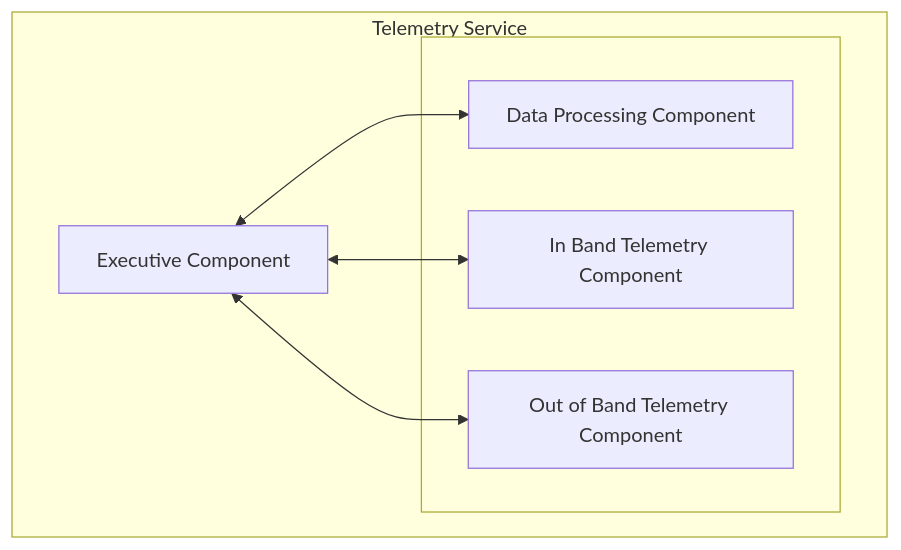
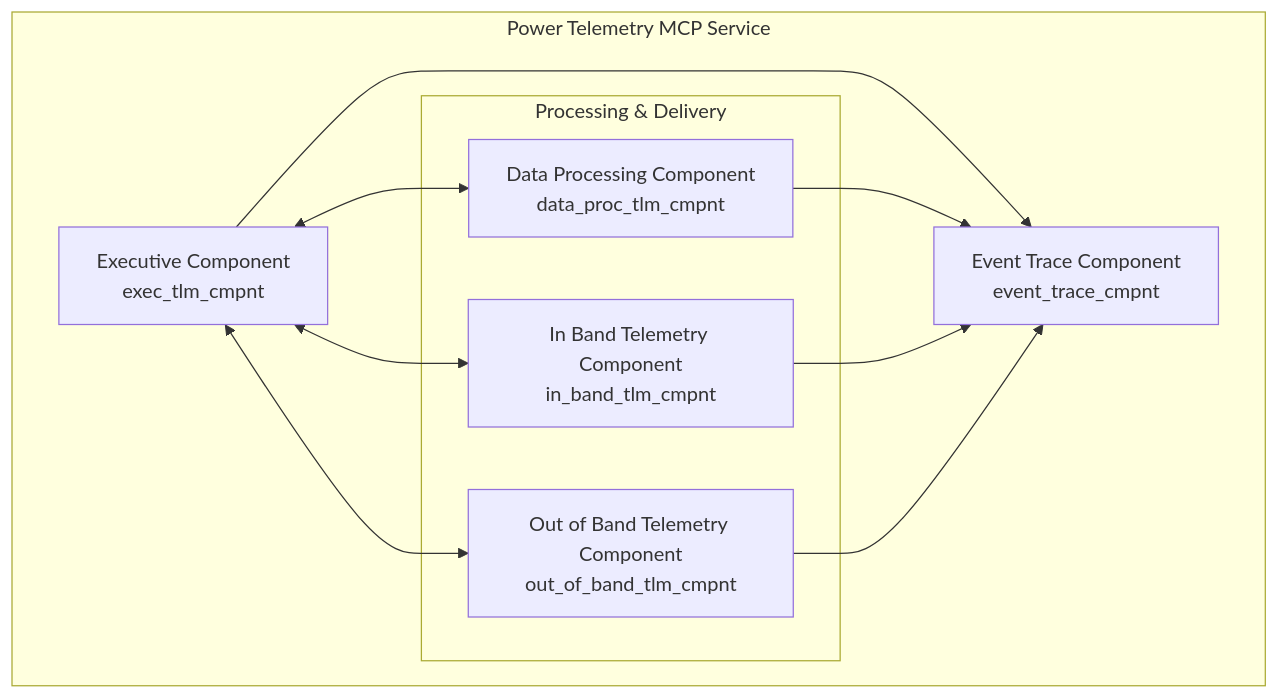
Before and after one commit to jivahire-com/cpp-thread-safe-cache: the first of 8 diagrams in docs/development/FirmwareDesign/telemetry.md, drawn with Mermaid. The commit also changed other lines of this file and 30 other files, not shown here.

```diff
--- a/docs/development/FirmwareDesign/telemetry.md
+++ b/docs/development/FirmwareDesign/telemetry.md
@@ -60,16 +117,21 @@
 :::mermaid
 graph TD
-    subgraph OuterBlock [Telemetry Service]
-        ex[Executive Component]
-         subgraph SubBlock [ ]
-            dp[Data Processing Component]
-            ib[In Band Telemetry Component]
-            ob[Out of Band Telemetry Component]
+    subgraph OuterBlock [Power Telemetry MCP Service]
+        ex[Executive Component<br/>exec_tlm_cmpnt]
+         subgraph SubBlock [Processing & Delivery]
+            dp[Data Processing Component<br/>data_proc_tlm_cmpnt]
+            ib[In Band Telemetry Component<br/>in_band_tlm_cmpnt]
+            ob[Out of Band Telemetry Component<br/>out_of_band_tlm_cmpnt]
         end
+        et[Event Trace Component<br/>event_trace_cmpnt]
     end
     %% Connections between components
     ex <--> dp
     ex <--> ib
     ex <--> ob
+    ex --> et
+    dp --> et
+    ib --> et
+    ob --> et
 
 :::
```
